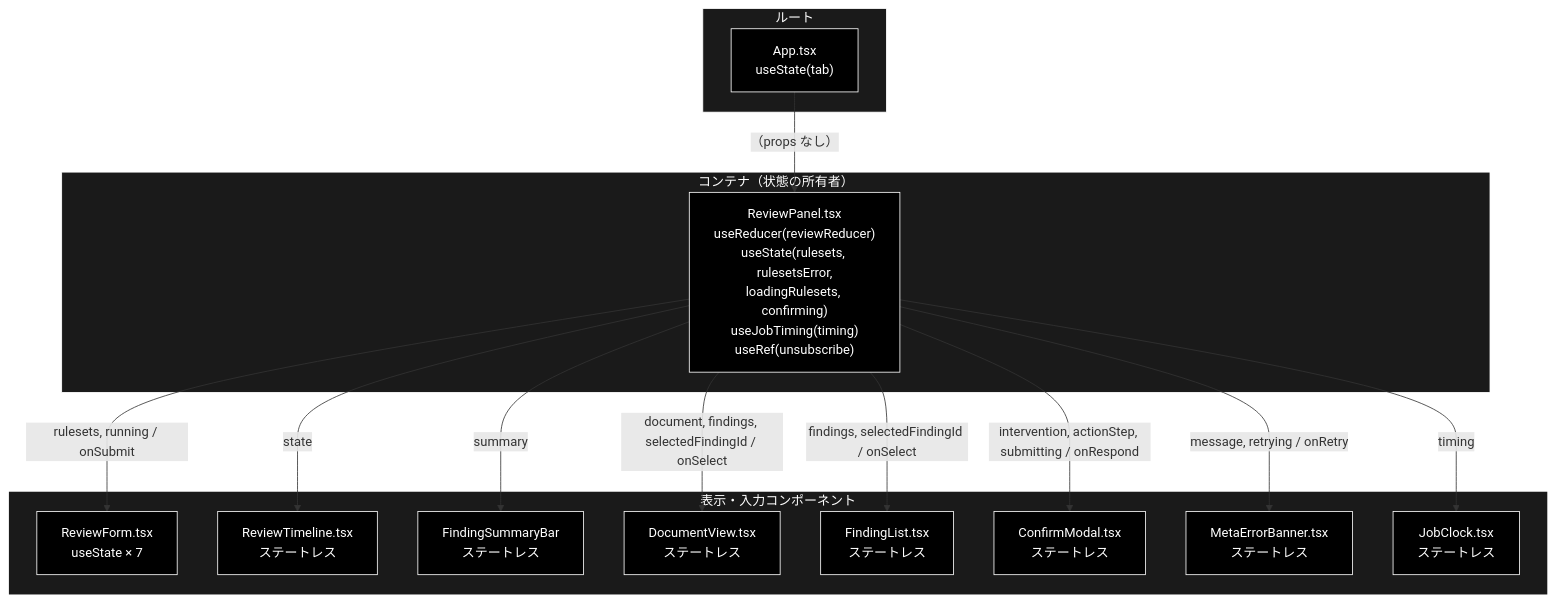
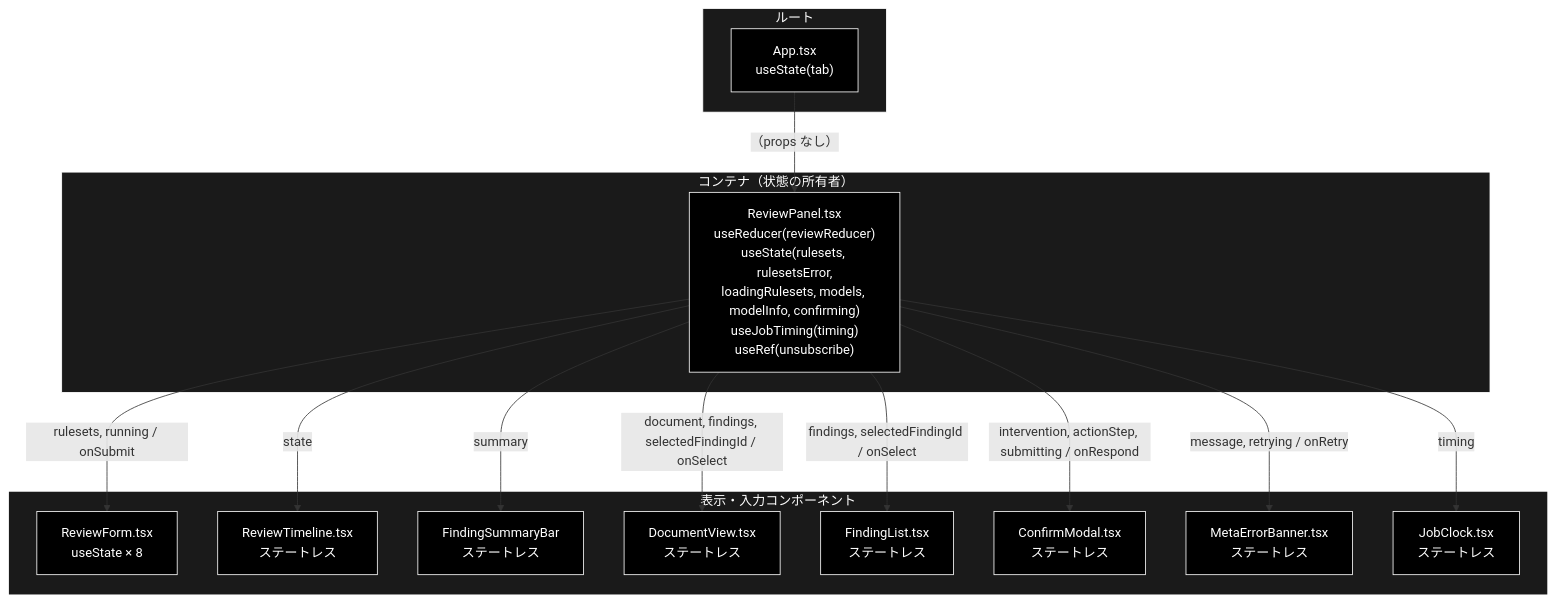
One commit to nakashima2toshio/grace_v2 changed the first of 5 diagrams in frontend/docs/ReviewPanel.md. Above: the diagram before and after it, drawn with Mermaid. The commit also changed other lines of this file and 69 other files, not shown here.

````diff
--- a/frontend/docs/ReviewPanel.md
+++ b/frontend/docs/ReviewPanel.md
@@ -69,34 +69,34 @@
 ```mermaid
 flowchart TB
     subgraph Root["ルート"]
         App["App.tsx<br>useState(tab)"]
     end
     subgraph Container["コンテナ（状態の所有者）"]
-        RP["ReviewPanel.tsx<br>useReducer(reviewReducer)<br>useState(rulesets, rulesetsError,<br>loadingRulesets, confirming)<br>useJobTiming(timing)<br>useRef(unsubscribe)"]
+        RP["ReviewPanel.tsx<br>useReducer(reviewReducer)<br>useState(rulesets, rulesetsError,<br>loadingRulesets, models, modelInfo, confirming)<br>useJobTiming(timing)<br>useRef(unsubscribe)"]
     end
     subgraph Presentational["表示・入力コンポーネント"]
-        RF["ReviewForm.tsx<br>useState × 7"]
+        RF["ReviewForm.tsx<br>useState × 8"]
         RT["ReviewTimeline.tsx<br>ステートレス"]
         SB["FindingSummaryBar<br>ステートレス"]
         DV["DocumentView.tsx<br>ステートレス"]
         FL["FindingList.tsx<br>ステートレス"]
         CM["ConfirmModal.tsx<br>ステートレス"]
         MB["MetaErrorBanner.tsx<br>ステートレス"]
         JC["JobClock.tsx<br>ステートレス"]
     end
     App -->|"（props なし）"| RP
     RP -->|"rulesets, running / onSubmit"| RF
     RP -->|"state"| RT
     RP -->|"summary"| SB
     RP -->|"document, findings, selectedFindingId / onSelect"| DV
     RP -->|"findings, selectedFindingId / onSelect"| FL
     RP -->|"intervention, actionStep, submitting / onRespond"| CM
     RP -->|"message, retrying / onRetry"| MB
     RP -->|"timing"| JC
 classDef default fill:#000,stroke:#fff,color:#fff
 classDef subgraphStyle fill:#1a1a1a,stroke:#fff,color:#fff
 class App,RP,RF,RT,SB,DV,FL,CM,MB,JC default
 style Root fill:#1a1a1a,stroke:#fff,color:#fff
 style Container fill:#1a1a1a,stroke:#fff,color:#fff
 style Presentational fill:#1a1a1a,stroke:#fff,color:#fff
 ```
````
